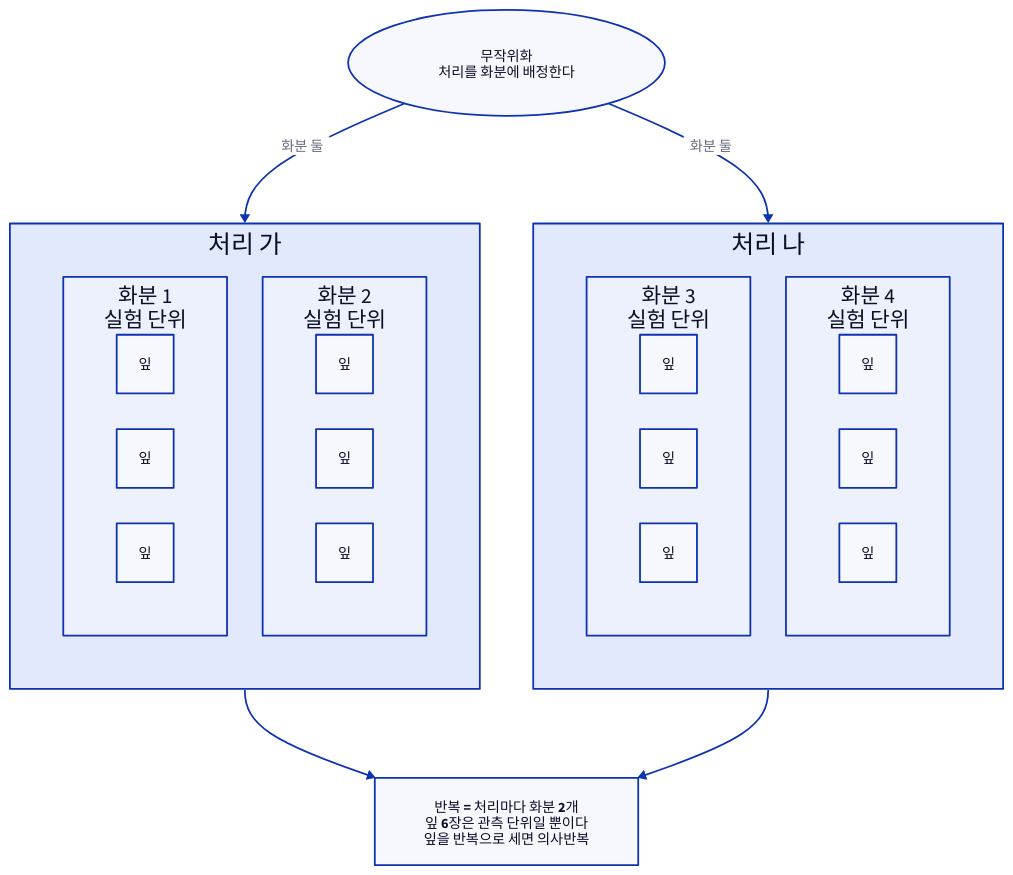
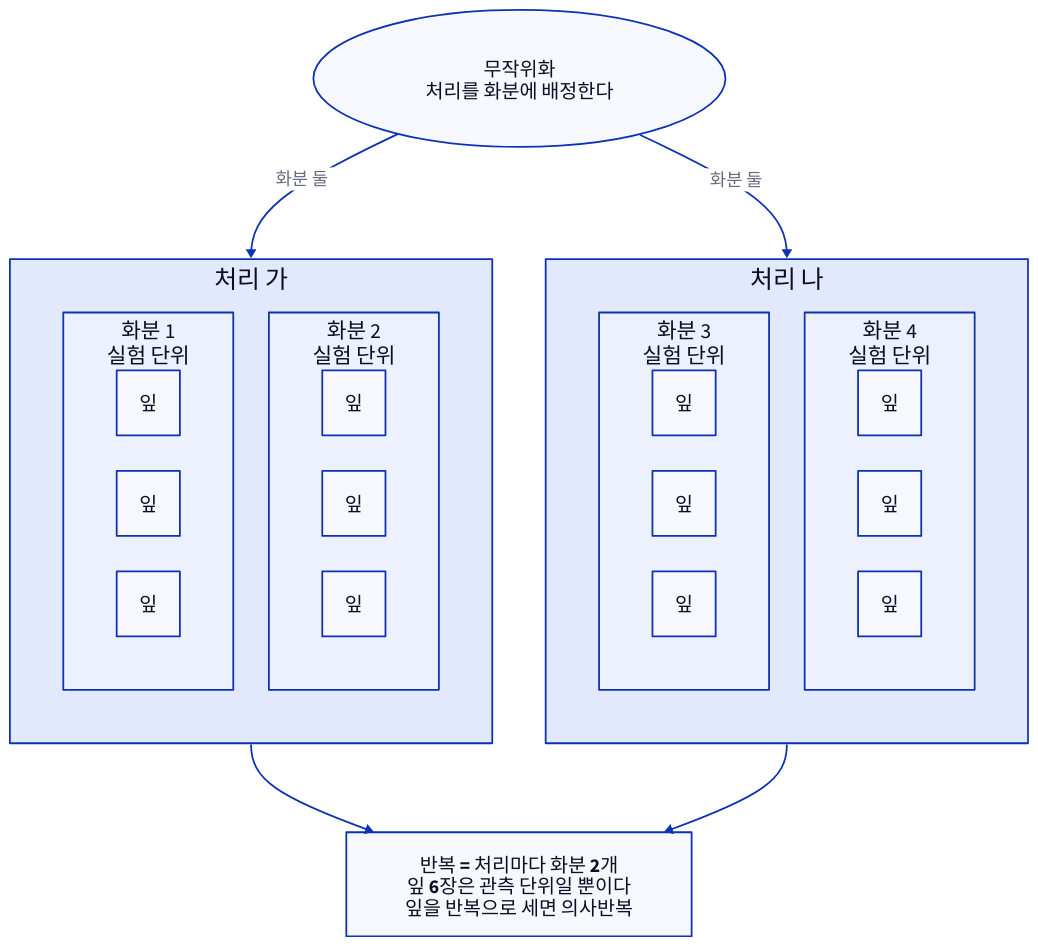
The diagram in d2/stats/sta-doe-units.d2 (Dong-gi/Dong-gi.github.io), drawn with D2 before and after one commit. The commit also changed 40 other files, not shown here.

```diff
--- a/d2/stats/sta-doe-units.d2
+++ b/d2/stats/sta-doe-units.d2
@@ -1,62 +1,63 @@
 # 실험 단위와 관측 단위 — 통계학 5장(실험 설계).
 #
 # 무엇을 읽어야 하나: 처리는 화분에 배정되고 잎은 화분 안에서 잰다.
 # 그러므로 반복의 수는 화분 수(처리마다 2)이고 잎 수(처리마다 6)가 아니다.
 # 같은 화분의 잎은 같은 흙·물·햇빛을 나눠 가지므로 서로 독립이 아니다.
 direction: down
 
-배정: { label: "무작위화\n처리를 화분에 배정한다"; shape: oval; style.bold: true }
+배정: { label: "무작위화\n처리를 화분에 배정한다"; shape: oval; style.bold: true; style.font-size: 22 }
 
 가: {
   label: "처리 가"
   grid-rows: 1
   grid-columns: 2
   화분1: {
     label: "화분 1\n실험 단위"
     grid-rows: 3
     grid-columns: 1
-    a: "잎"
-    b: "잎"
-    c: "잎"
+    a: { label: "잎"; style.font-size: 22 }
+    b: { label: "잎"; style.font-size: 22 }
+    c: { label: "잎"; style.font-size: 22 }
   }
   화분2: {
     label: "화분 2\n실험 단위"
     grid-rows: 3
     grid-columns: 1
-    a: "잎"
-    b: "잎"
-    c: "잎"
+    a: { label: "잎"; style.font-size: 22 }
+    b: { label: "잎"; style.font-size: 22 }
+    c: { label: "잎"; style.font-size: 22 }
   }
 }
 
 나: {
   label: "처리 나"
   grid-rows: 1
   grid-columns: 2
   화분3: {
     label: "화분 3\n실험 단위"
     grid-rows: 3
     grid-columns: 1
-    a: "잎"
-    b: "잎"
-    c: "잎"
+    a: { label: "잎"; style.font-size: 22 }
+    b: { label: "잎"; style.font-size: 22 }
+    c: { label: "잎"; style.font-size: 22 }
   }
   화분4: {
     label: "화분 4\n실험 단위"
     grid-rows: 3
     grid-columns: 1
-    a: "잎"
-    b: "잎"
-    c: "잎"
+    a: { label: "잎"; style.font-size: 22 }
+    b: { label: "잎"; style.font-size: 22 }
+    c: { label: "잎"; style.font-size: 22 }
   }
 }
 
 셈: {
   label: "반복 = 처리마다 화분 2개\n잎 6장은 관측 단위일 뿐이다\n잎을 반복으로 세면 의사반복"
   style.bold: true
+  style.font-size: 22
 }
 
-배정 -> 가: "화분 둘"
-배정 -> 나: "화분 둘"
+배정 -> 가: { label: "화분 둘"; style.font-size: 20 }
+배정 -> 나: { label: "화분 둘"; style.font-size: 20 }
 가 -> 셈
 나 -> 셈
```
